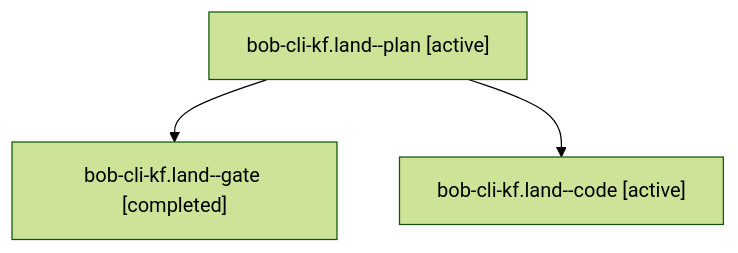
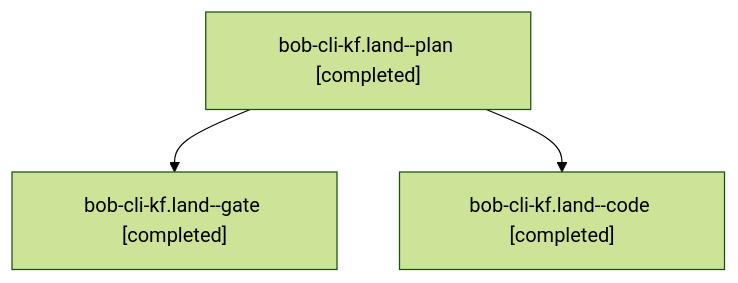
Before and after one commit to bobs-org/bob-cli--agents: the diagram in sessions/bbugyi200.athena.bob-cli-kf.land.md, drawn with Mermaid (forest theme). The commit also changed other lines of this file and 23 other files, not shown here.

````diff
--- a/sessions/bbugyi200.athena.bob-cli-kf.land.md
+++ b/sessions/bbugyi200.athena.bob-cli-kf.land.md
@@ -9,8 +9,8 @@
 ```mermaid
 flowchart TD
-  n0["bob-cli-kf.land--plan [active]"]
+  n0["bob-cli-kf.land--plan [completed]"]
   n1["bob-cli-kf.land--gate [completed]"]
   n0 --> n1
-  n2["bob-cli-kf.land--code [active]"]
+  n2["bob-cli-kf.land--code [completed]"]
   n0 --> n2
 ```
````
